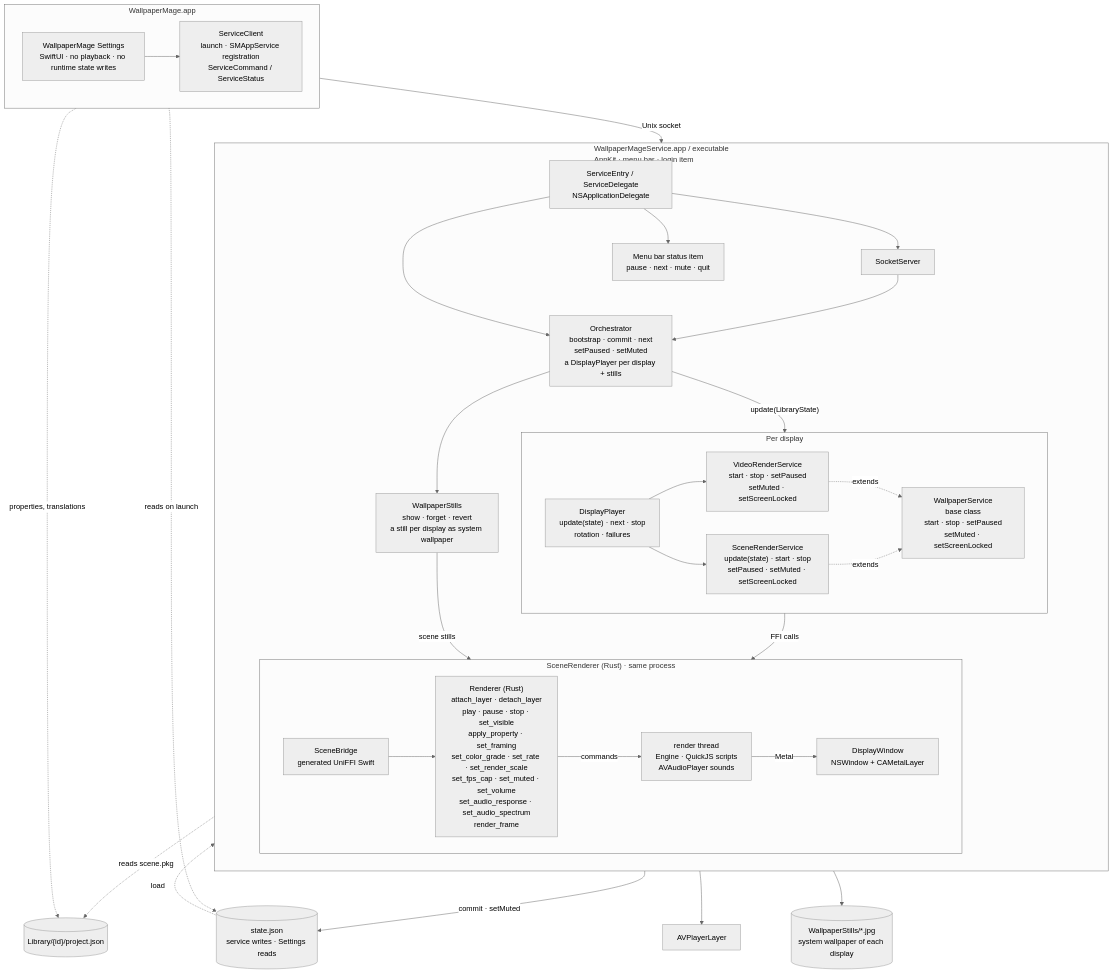
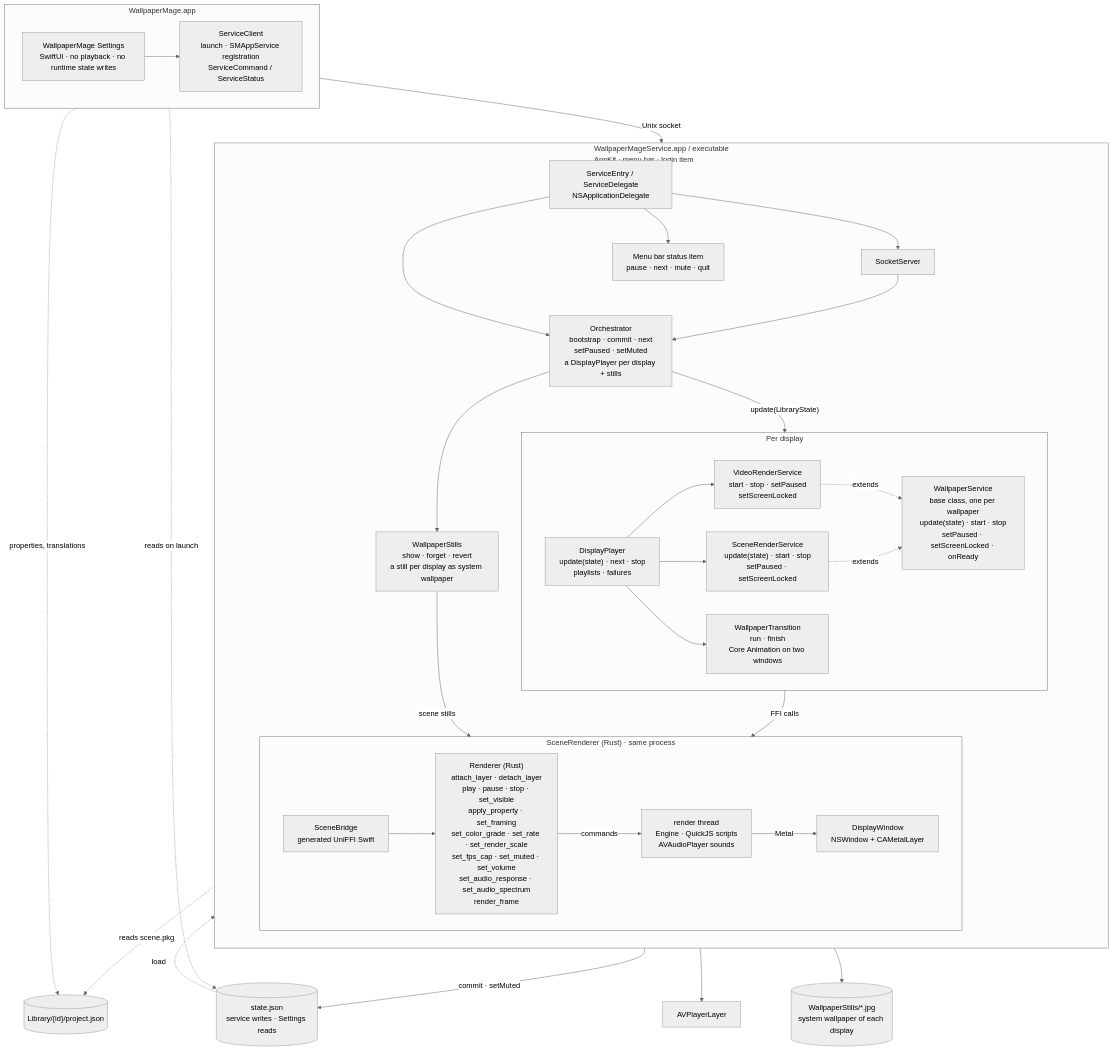
Before and after one commit to Keksuccino/LiveWallpaper: the diagram in ARCHITECTURE.md, drawn with Mermaid (neutral theme). The commit also changed other lines of this file and 22 other files, not shown here.

Commit message:
Add playlists with transitions and per-display content

````diff
--- a/ARCHITECTURE.md
+++ b/ARCHITECTURE.md
@@ -14,64 +14,66 @@
 ```mermaid
 flowchart TB
     subgraph APP["WallpaperMage.app"]
         direction LR
         UI["WallpaperMage Settings<br/>SwiftUI · no playback · no runtime state writes"]
         CLIENT["ServiceClient<br/>launch · SMAppService registration<br/>ServiceCommand / ServiceStatus"]
         UI --> CLIENT
     end
 
     subgraph SERVICE["WallpaperMageService.app / executable<br/>AppKit · menu bar · login item"]
         direction TB
         ENTRY["ServiceEntry / ServiceDelegate<br/>NSApplicationDelegate"]
         SOCK["SocketServer"]
         ORCH["Orchestrator<br/>bootstrap · commit · next<br/>setPaused · setMuted<br/>a DisplayPlayer per display + stills"]
         MENU["Menu bar status item<br/>pause · next · mute · quit"]
 
         subgraph PLAY["Per display"]
             direction LR
-            PLAYER["DisplayPlayer<br/>update(state) · next · stop<br/>rotation · failures"]
-            BASE["WallpaperService<br/>base class<br/>start · stop · setPaused<br/>setMuted · setScreenLocked"]
-            VIDEO["VideoRenderService<br/>start · stop · setPaused<br/>setMuted · setScreenLocked"]
-            SCENE["SceneRenderService<br/>update(state) · start · stop<br/>setPaused · setMuted · setScreenLocked"]
+            PLAYER["DisplayPlayer<br/>update(state) · next · stop<br/>playlists · failures"]
+            TRANS["WallpaperTransition<br/>run · finish<br/>Core Animation on two windows"]
+            BASE["WallpaperService<br/>base class, one per wallpaper<br/>update(state) · start · stop<br/>setPaused · setScreenLocked · onReady"]
+            VIDEO["VideoRenderService<br/>start · stop · setPaused<br/>setScreenLocked"]
+            SCENE["SceneRenderService<br/>update(state) · start · stop<br/>setPaused · setScreenLocked"]
         end
         STILLS["WallpaperStills<br/>show · forget · revert<br/>a still per display as system wallpaper"]
 
         subgraph RUST["SceneRenderer (Rust) · same process"]
             direction LR
             FFI["SceneBridge<br/>generated UniFFI Swift"]
             API["Renderer (Rust)<br/>attach_layer · detach_layer<br/>play · pause · stop · set_visible<br/>apply_property · set_framing<br/>set_color_grade · set_rate · set_render_scale<br/>set_fps_cap · set_muted · set_volume<br/>set_audio_response · set_audio_spectrum<br/>render_frame"]
             THREAD["render thread<br/>Engine · QuickJS scripts<br/>AVAudioPlayer sounds"]
             WINDOW["DisplayWindow<br/>NSWindow + CAMetalLayer"]
         end
 
         ENTRY --> SOCK
         ENTRY --> ORCH
         ENTRY --> MENU
         SOCK --> ORCH
         ORCH -->|"update(LibraryState)"| PLAYER
         PLAYER --> VIDEO
         PLAYER --> SCENE
+        PLAYER --> TRANS
         ORCH --> STILLS
         STILLS -->|"scene stills"| FFI
         VIDEO -.->|extends| BASE
         SCENE -.->|extends| BASE
         SCENE -->|"FFI calls"| FFI
         FFI --> API
         API -->|"commands"| THREAD
         THREAD -->|"Metal"| WINDOW
     end
 
     STATE[("state.json<br/>service writes · Settings reads")]
     PROJECT[("Library/{id}/project.json")]
     STILLFILES[("WallpaperStills/*.jpg<br/>system wallpaper of each display")]
     AV["AVPlayerLayer"]
 
     CLIENT -->|"Unix socket"| SOCK
     UI -.->|"reads on launch"| STATE
     UI -.->|"properties, translations"| PROJECT
     ORCH -->|"commit · setMuted"| STATE
     STATE -.->|"load"| ORCH
     THREAD -.->|"reads scene.pkg"| PROJECT
     VIDEO --> AV
     STILLS --> STILLFILES
 ```
````
